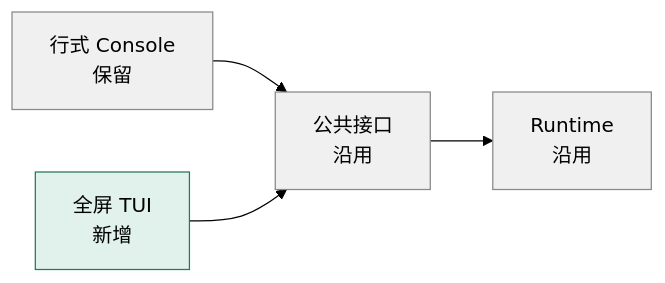
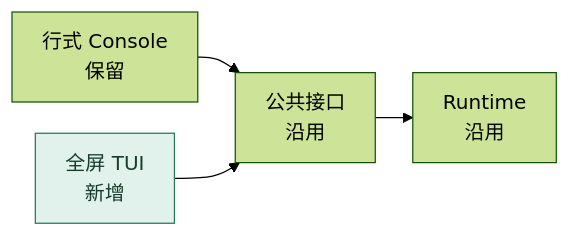
The third of 6 diagrams in docs/2026-10-06-M2.1进度与架构图.md (13776578253-glitch/1002bot), drawn with Mermaid (forest theme) before and after one commit. The commit also changed other lines of this file and 33 other files, not shown here.

````diff
--- a/docs/2026-10-06-M2.1进度与架构图.md
+++ b/docs/2026-10-06-M2.1进度与架构图.md
@@ -67,10 +68,9 @@
 ```mermaid
+%%{init: {"flowchart": {"padding": 12, "nodeSpacing": 25, "rankSpacing": 30}}}%%
 flowchart LR
   L[行式 Console<br/>保留] --> I[公共接口<br/>沿用]
   T[全屏 TUI<br/>新增] --> I
   I --> R[Runtime<br/>沿用]
-  style T fill:#e0f2eb,stroke:#28765c
-  style L fill:#f0f0f0,stroke:#888
-  style I fill:#f0f0f0,stroke:#888
-  style R fill:#f0f0f0,stroke:#888
+  classDef added fill:#e0f2eb,stroke:#28765c,color:#163d2a;
+  class T added;
 ```
````
